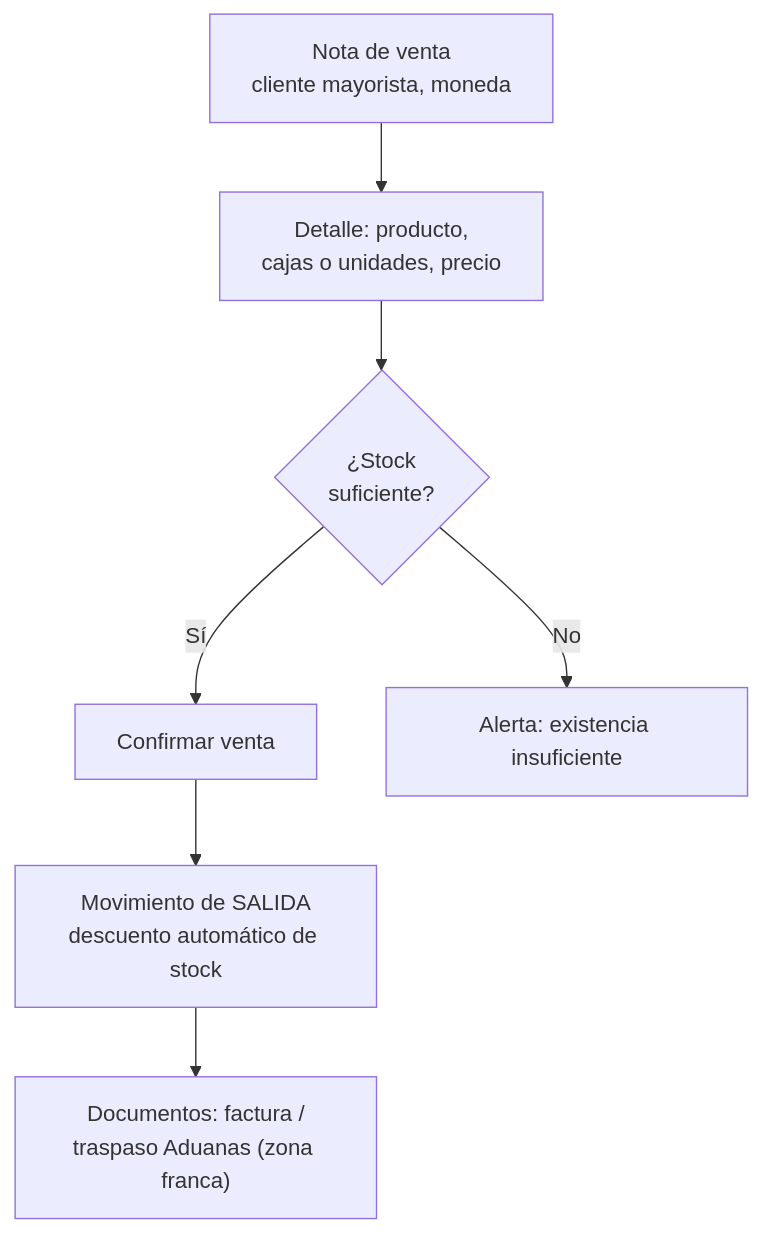
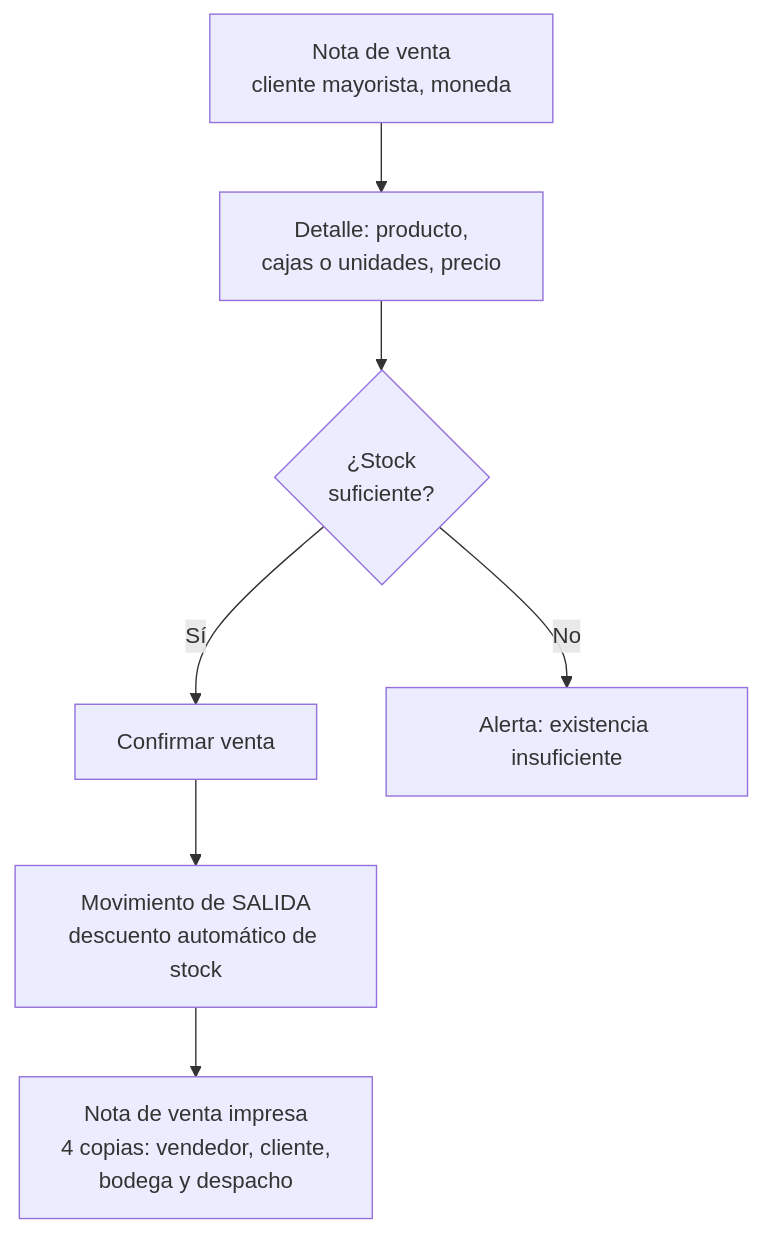
The fourth of 7 diagrams in FLUJO.md (dynamiccoding01/hongteng-prueba), drawn with Mermaid before and after one commit. The commit also changed other lines of this file and 23 other files, not shown here.

````diff
--- a/FLUJO.md
+++ b/FLUJO.md
@@ -50,9 +50,9 @@
 ```mermaid
 flowchart TD
     NV["Nota de venta<br/>cliente mayorista, moneda"] --> DET["Detalle: producto,<br/>cajas o unidades, precio"]
     DET --> ST{"¿Stock<br/>suficiente?"}
     ST -->|Sí| CONF["Confirmar venta"]
     ST -->|No| ALERT["Alerta: existencia insuficiente"]
     CONF --> SAL["Movimiento de SALIDA<br/>descuento automático de stock"]
-    SAL --> DOC["Documentos: factura /<br/>traspaso Aduanas (zona franca)"]
+    SAL --> DOC["Nota de venta impresa<br/>4 copias: vendedor, cliente,<br/>bodega y despacho"]
 ```
````
